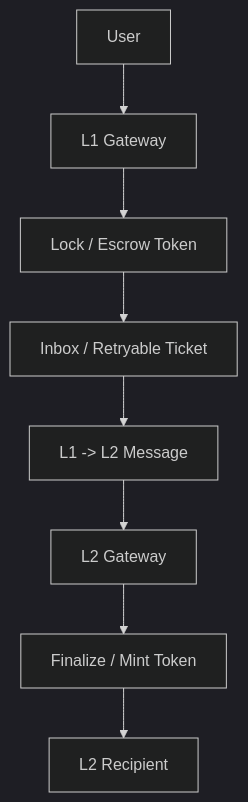
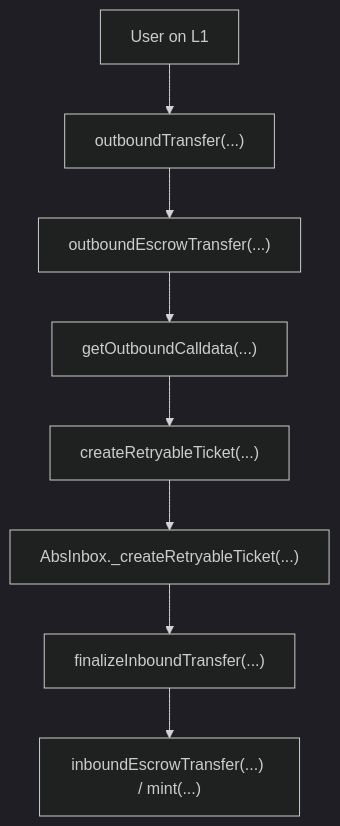
The first of 2 diagrams in README.md (Keedz1Off/arbitrum-bridge-flow-local-review-ru), drawn with Mermaid (dark theme) before and after one commit. The commit also changed other lines of this file and 19 other files, not shown here.

````diff
--- a/README.md
+++ b/README.md
@@ -43,10 +32,10 @@
 ```mermaid
 flowchart TD
-    A["User"] --> B["L1 Gateway"]
-    B --> C["Lock / Escrow Token"]
-    C --> D["Inbox / Retryable Ticket"]
-    D --> E["L1 -> L2 Message"]
-    E --> F["L2 Gateway"]
-    F --> G["Finalize / Mint Token"]
-    G --> H["L2 Recipient"]
+    A["User on L1"] --> B["outboundTransfer(...)"]
+    B --> C["outboundEscrowTransfer(...)"]
+    C --> D["getOutboundCalldata(...)"]
+    D --> E["createRetryableTicket(...)"]
+    E --> F["AbsInbox._createRetryableTicket(...)"]
+    F --> G["finalizeInboundTransfer(...)"]
+    G --> H["inboundEscrowTransfer(...) / mint(...)"]
 ```
````
